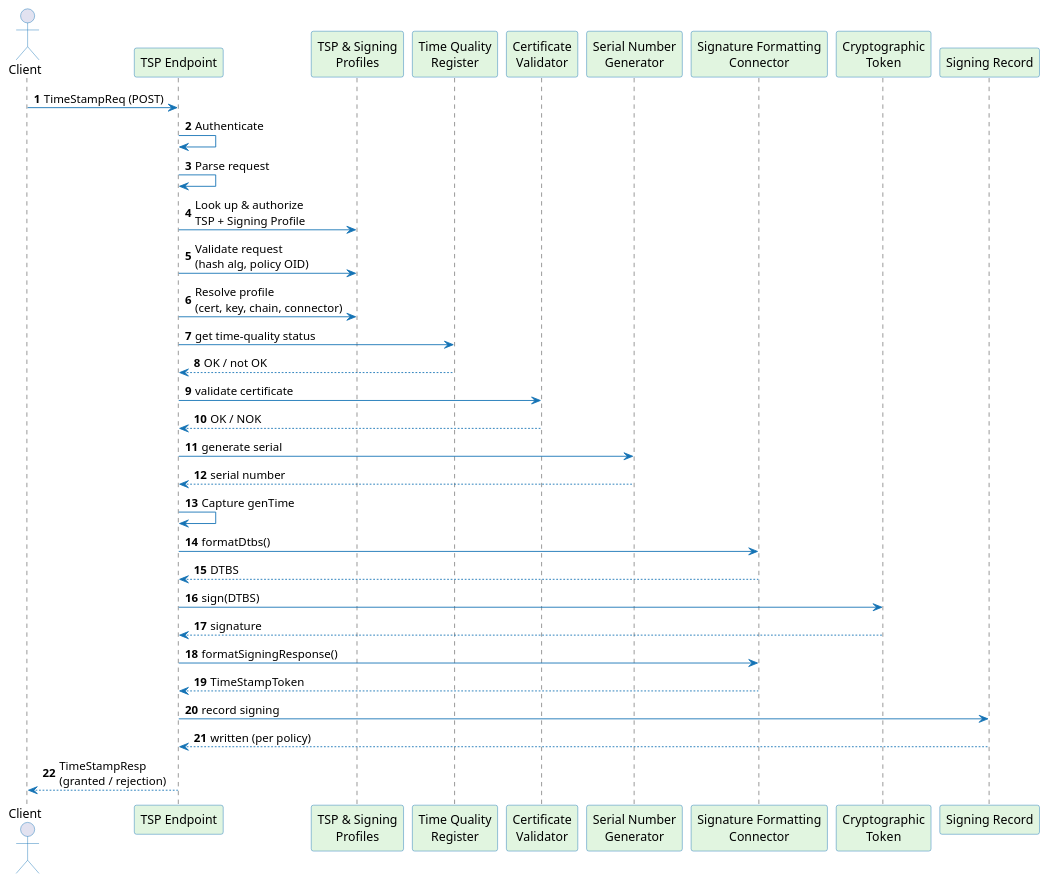
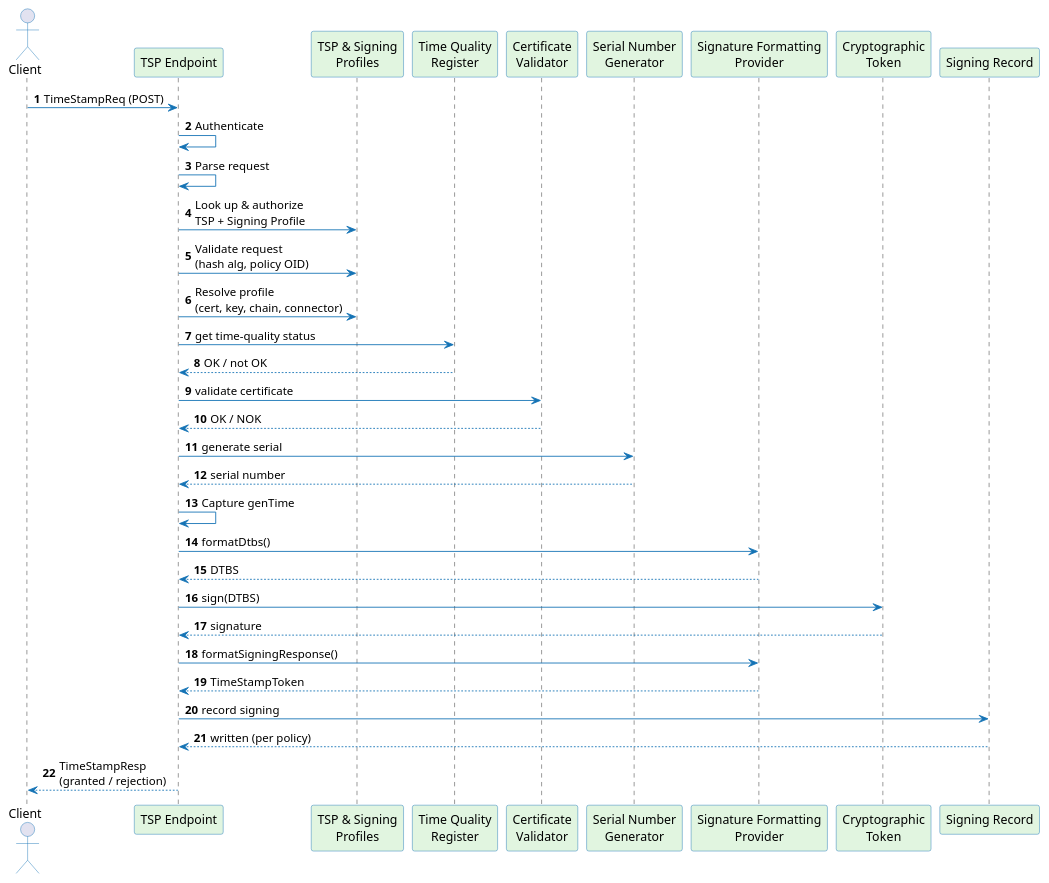
One commit to CZERTAINLY/CZERTAINLY-Documentation changed the diagram in docs/signing/timestamping/timestamping-flow.md. Above: the diagram before and after it, drawn with PlantUML. The commit also changed other lines of this file and 11 other files, not shown here.

First line of the commit message:
Make Signature Formatting Provider a conceptual interface page

````diff
--- a/docs/signing/timestamping/timestamping-flow.md
+++ b/docs/signing/timestamping/timestamping-flow.md
@@ -15,45 +15,45 @@
 ```plantuml
 @startuml
 skinparam sequence {
     ArrowColor #1573B5
     ActorBorderColor #1573B5
     ParticipantBorderColor #1573B5
     ParticipantBackgroundColor #E1F5E0
     NoteBackgroundColor #F7F7F7
 }
 autonumber
 
 actor Client
 participant "TSP Endpoint" as Core
 participant "TSP & Signing\nProfiles" as Profiles
 participant "Time Quality\nRegister" as TQ
 participant "Certificate\nValidator" as Cert
 participant "Serial Number\nGenerator" as Serial
-participant "Signature Formatting\nConnector" as Fmt
+participant "Signature Formatting\nProvider" as Fmt
 participant "Cryptographic\nToken" as Token
 participant "Signing Record" as Rec
 
 Client -> Core: TimeStampReq (POST)
 Core -> Core: Authenticate
 Core -> Core: Parse request
 Core -> Profiles: Look up & authorize\nTSP + Signing Profile
 Core -> Profiles: Validate request\n(hash alg, policy OID)
 Core -> Profiles: Resolve profile\n(cert, key, chain, connector)
 Core -> TQ: get time-quality status
 TQ --> Core: OK / not OK
 Core -> Cert: validate certificate
 Cert --> Core: OK / NOK
 Core -> Serial: generate serial
 Serial --> Core: serial number
 Core -> Core: Capture genTime
 Core -> Fmt: formatDtbs()
 Fmt --> Core: DTBS
 Core -> Token: sign(DTBS)
 Token --> Core: signature
 Core -> Fmt: formatSigningResponse()
 Fmt --> Core: TimeStampToken
 Core -> Rec: record signing
 Rec --> Core: written (per policy)
 Core --> Client: TimeStampResp\n(granted / rejection)
 @enduml
 ```
````
